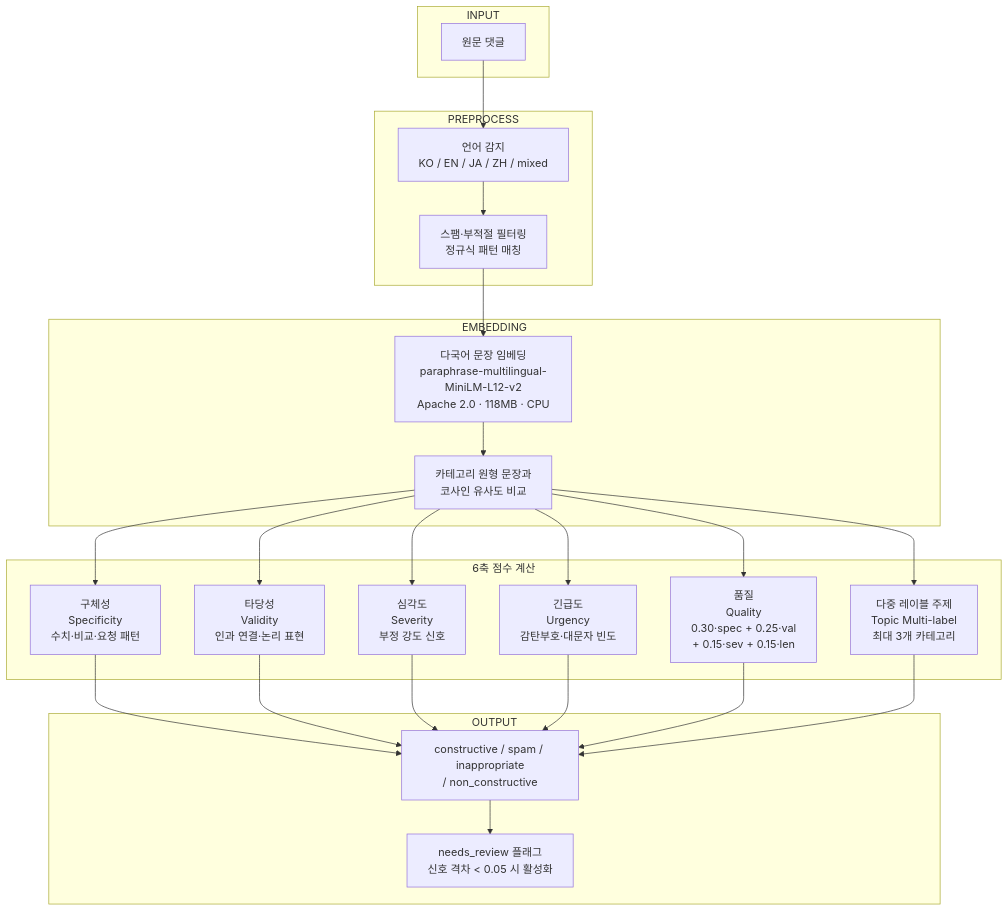
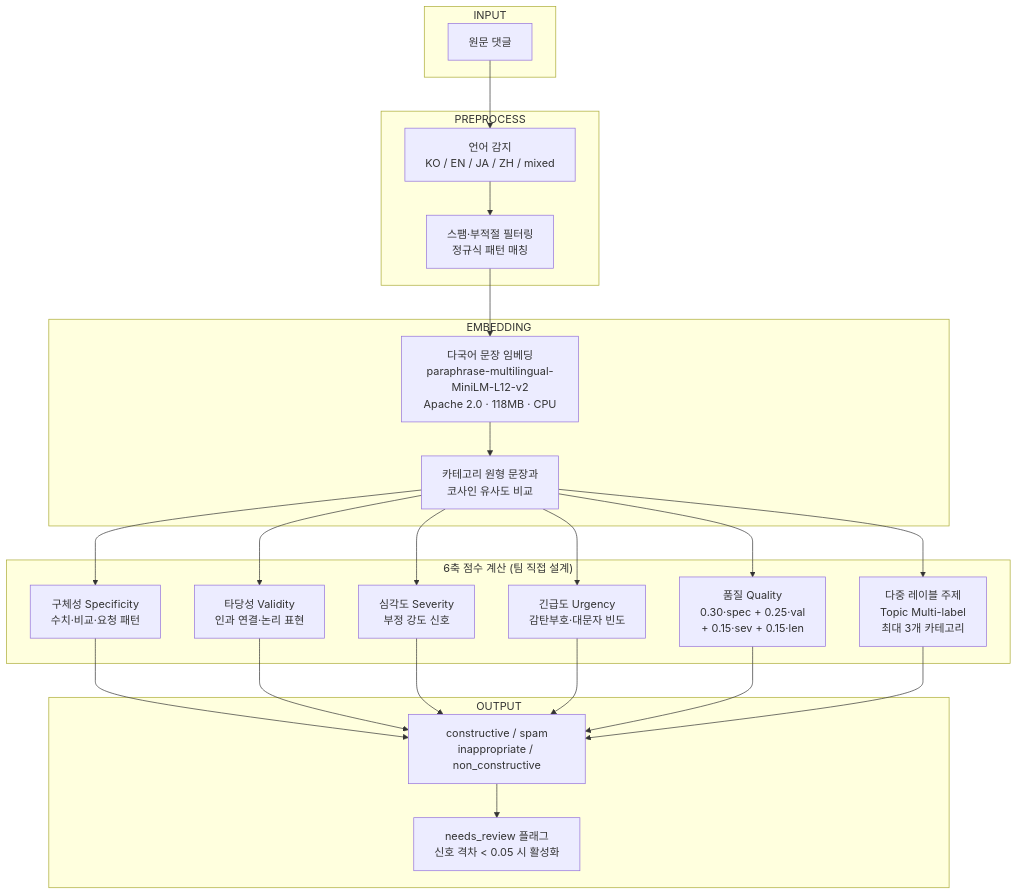
Before and after one commit to Userlsj-project/VideoLabs: the third of 8 diagrams in PRESENTATION.md, drawn with Mermaid. The commit also changed other lines of this file, not shown here.

````diff
--- a/PRESENTATION.md
+++ b/PRESENTATION.md
@@ -50,34 +61,34 @@
 ```mermaid
 flowchart TD
     subgraph INPUT
         A[원문 댓글]
     end
 
     subgraph PREPROCESS
         B[언어 감지\nKO / EN / JA / ZH / mixed]
         C[스팸·부적절 필터링\n정규식 패턴 매칭]
     end
 
     subgraph EMBEDDING
         D[다국어 문장 임베딩\nparaphrase-multilingual-MiniLM-L12-v2\nApache 2.0 · 118MB · CPU]
         E[카테고리 원형 문장과\n코사인 유사도 비교]
     end
 
-    subgraph SIX_AXIS["6축 점수 계산"]
-        F1[구체성\nSpecificity\n수치·비교·요청 패턴]
-        F2[타당성\nValidity\n인과 연결·논리 표현]
-        F3[심각도\nSeverity\n부정 강도 신호]
-        F4[긴급도\nUrgency\n감탄부호·대문자 빈도]
-        F5[품질\nQuality\n0.30·spec + 0.25·val\n+ 0.15·sev + 0.15·len]
+    subgraph SIX_AXIS["6축 점수 계산 (팀 직접 설계)"]
+        F1[구체성 Specificity\n수치·비교·요청 패턴]
+        F2[타당성 Validity\n인과 연결·논리 표현]
+        F3[심각도 Severity\n부정 강도 신호]
+        F4[긴급도 Urgency\n감탄부호·대문자 빈도]
+        F5[품질 Quality\n0.30·spec + 0.25·val\n+ 0.15·sev + 0.15·len]
         F6[다중 레이블 주제\nTopic Multi-label\n최대 3개 카테고리]
     end
 
     subgraph OUTPUT
-        G1[constructive / spam / inappropriate\n/ non_constructive]
+        G1[constructive / spam\ninappropriate / non_constructive]
         G2[needs_review 플래그\n신호 격차 < 0.05 시 활성화]
     end
 
     A --> B --> C --> D --> E
     E --> F1 & F2 & F3 & F4 & F5 & F6
     F1 & F2 & F3 & F4 & F5 & F6 --> G1 --> G2
 ```
````
